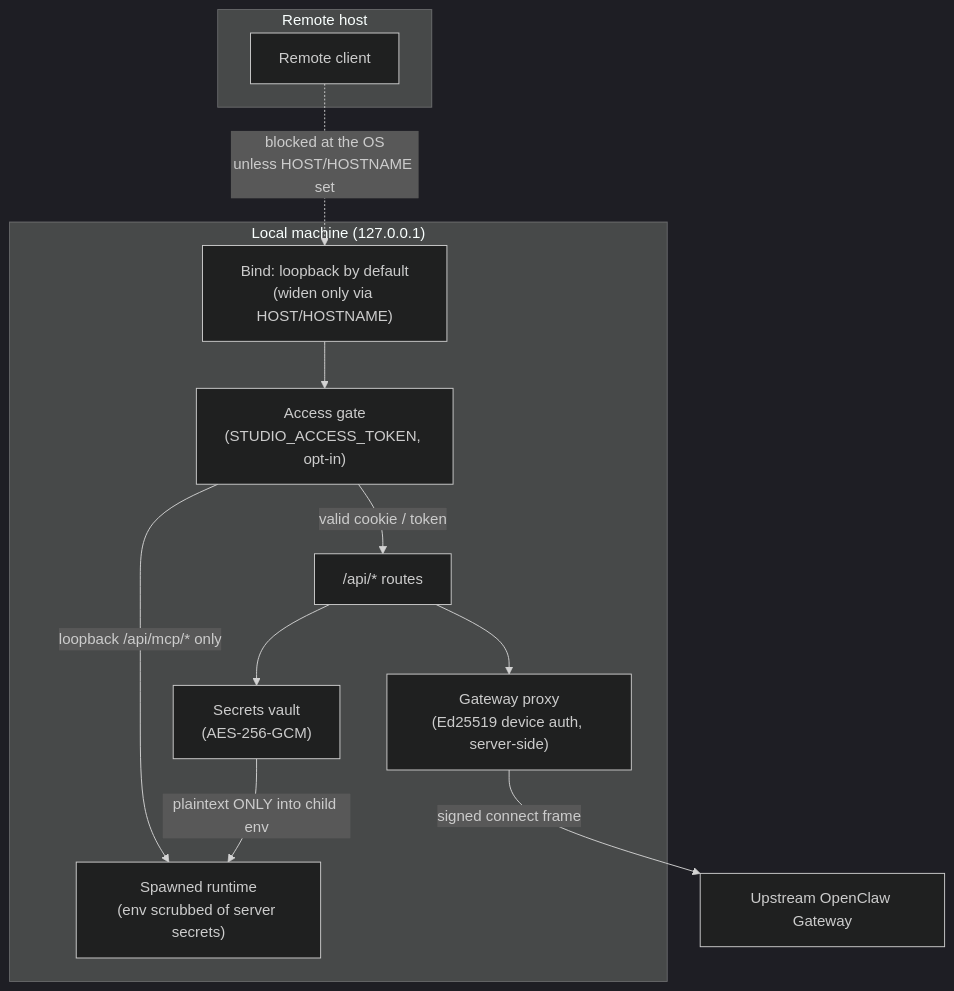
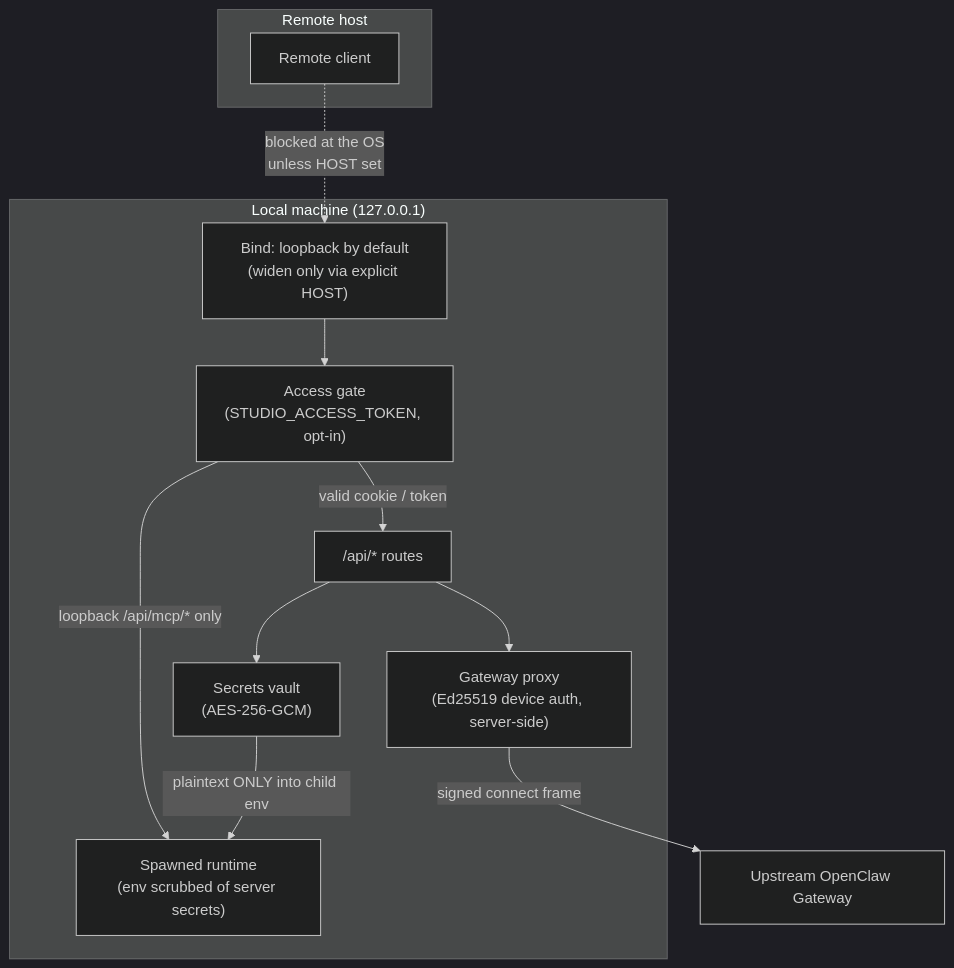
One commit to clawboo/clawboo changed the diagram in docs/operating/security.md. Above: the diagram before and after it, drawn with Mermaid (dark theme). The commit also changed other lines of this file and 21 other files, not shown here.

````diff
--- a/docs/operating/security.md
+++ b/docs/operating/security.md
@@ -23,23 +23,23 @@
 ```mermaid
 flowchart TB
     subgraph remote["Remote host"]
         rc["Remote client"]
     end
     subgraph local["Local machine (127.0.0.1)"]
-        bind["Bind: loopback by default<br/>(widen only via HOST/HOSTNAME)"]
+        bind["Bind: loopback by default<br/>(widen only via explicit HOST)"]
         gate["Access gate<br/>(STUDIO_ACCESS_TOKEN, opt-in)"]
         api["/api/* routes"]
         proxy["Gateway proxy<br/>(Ed25519 device auth, server-side)"]
         vault["Secrets vault<br/>(AES-256-GCM)"]
         runtime["Spawned runtime<br/>(env scrubbed of server secrets)"]
     end
 
-    rc -. "blocked at the OS<br/>unless HOST/HOSTNAME set" .-> bind
+    rc -. "blocked at the OS<br/>unless HOST set" .-> bind
     bind --> gate
     gate -->|"valid cookie / token"| api
     gate -->|"loopback /api/mcp/* only"| runtime
     api --> proxy
     api --> vault
     vault -->|"plaintext ONLY into child env"| runtime
     proxy -->|"signed connect frame"| upstream["Upstream OpenClaw Gateway"]
 ```
````
